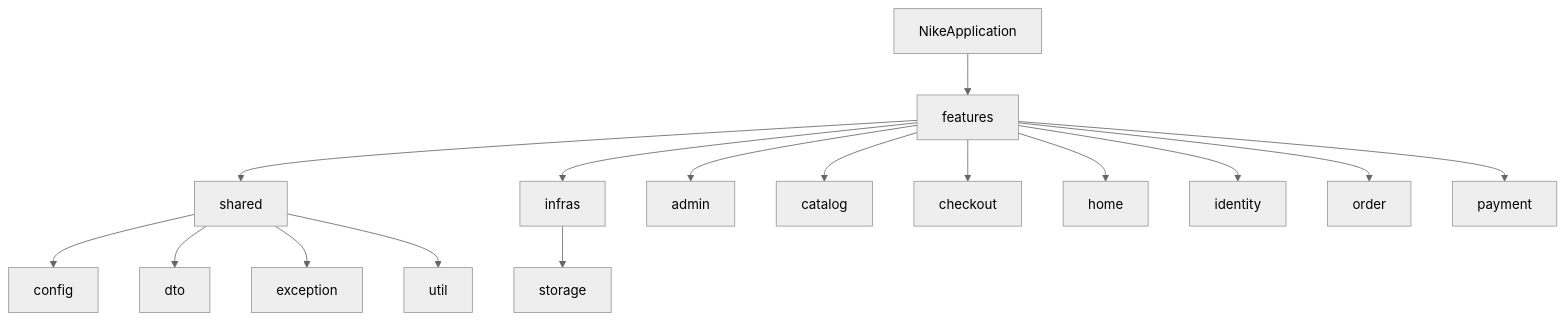
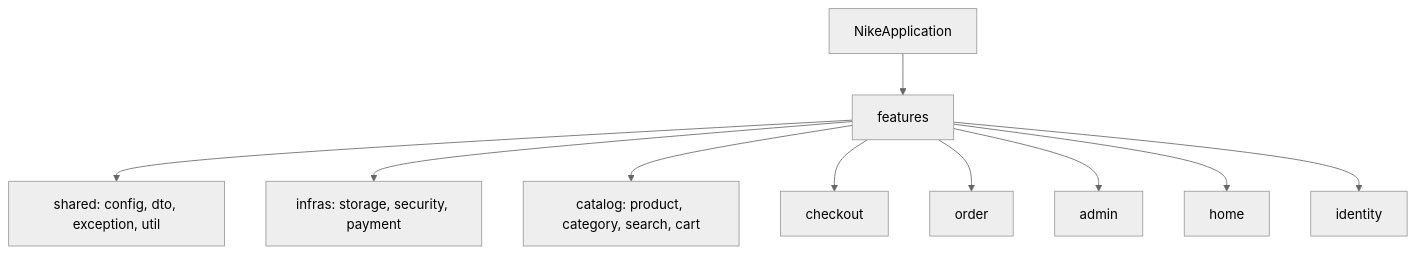
Before and after one commit to supaFrik/Nike-e-commerce-web-application: the third of 4 diagrams in README.md, drawn with Mermaid (neutral theme). The commit also changed other lines of this file and 7 other files, not shown here.

````diff
--- a/README.md
+++ b/README.md
@@ -128,25 +116,17 @@
 ```mermaid
 flowchart TB
-    App[NikeApplication]
-    Features[features]
-    Shared[shared]
-    Infra[infras]
+  App[NikeApplication]
+  Features[features]
+  Shared[shared: config, dto, exception, util]
+  Infra[infras: storage, security, payment]
 
-    App --> Features
-    Features --> Shared
-    Features --> Infra
-
-    Features --> Admin[admin]
-    Features --> Catalog[catalog]
-    Features --> Checkout[checkout]
-    Features --> Home[home]
-    Features --> Identity[identity]
-    Features --> Order[order]
-    Features --> Payment[payment]
-
-    Shared --> Config[config]
-    Shared --> CommonDto[dto]
-    Shared --> Exceptions[exception]
-    Shared --> Utilities[util]
-    Infra --> Storage[storage]
+  App --> Features
+  Features --> Shared
+  Features --> Infra
+  Features --> Catalog[catalog: product, category, search, cart]
+  Features --> Checkout[checkout]
+  Features --> Order[order]
+  Features --> Admin[admin]
+  Features --> Home[home]
+  Features --> Identity[identity]
 ```
````
